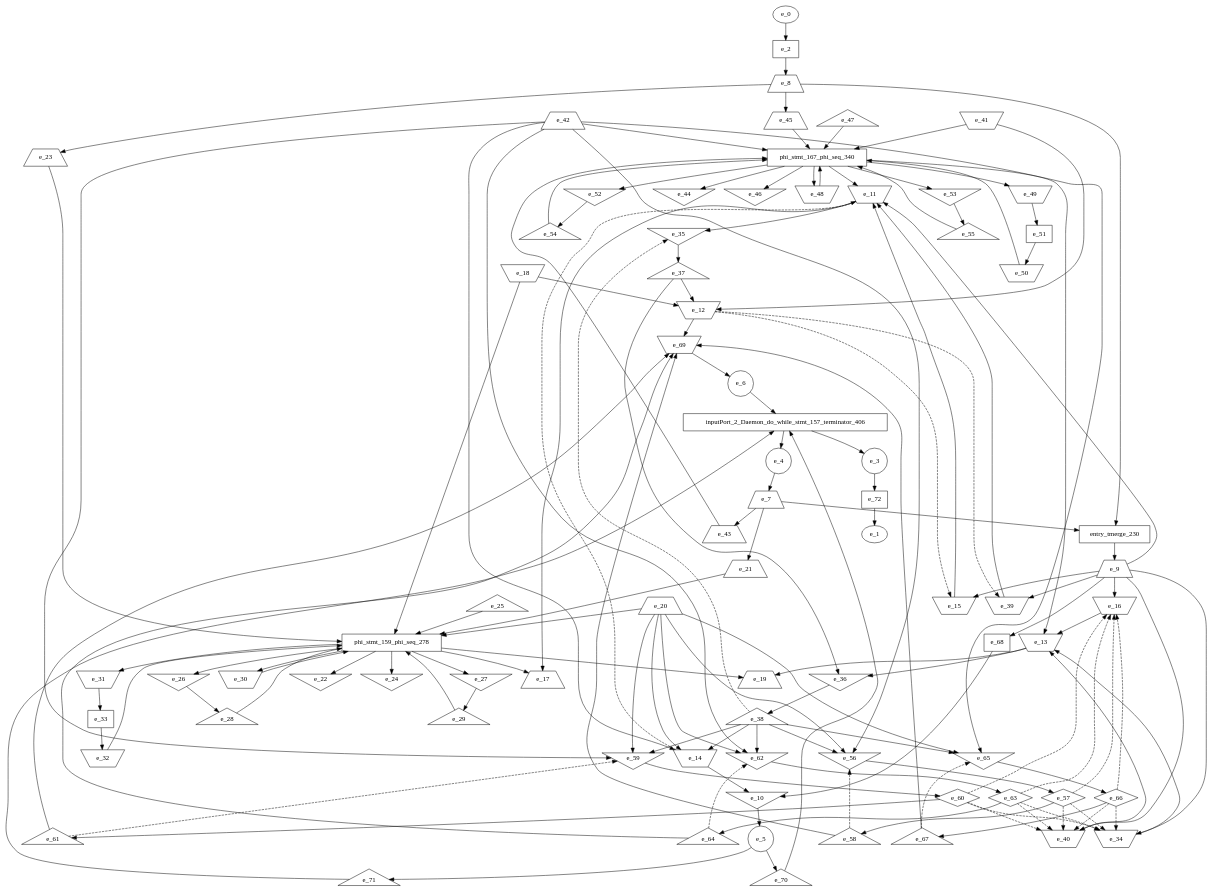
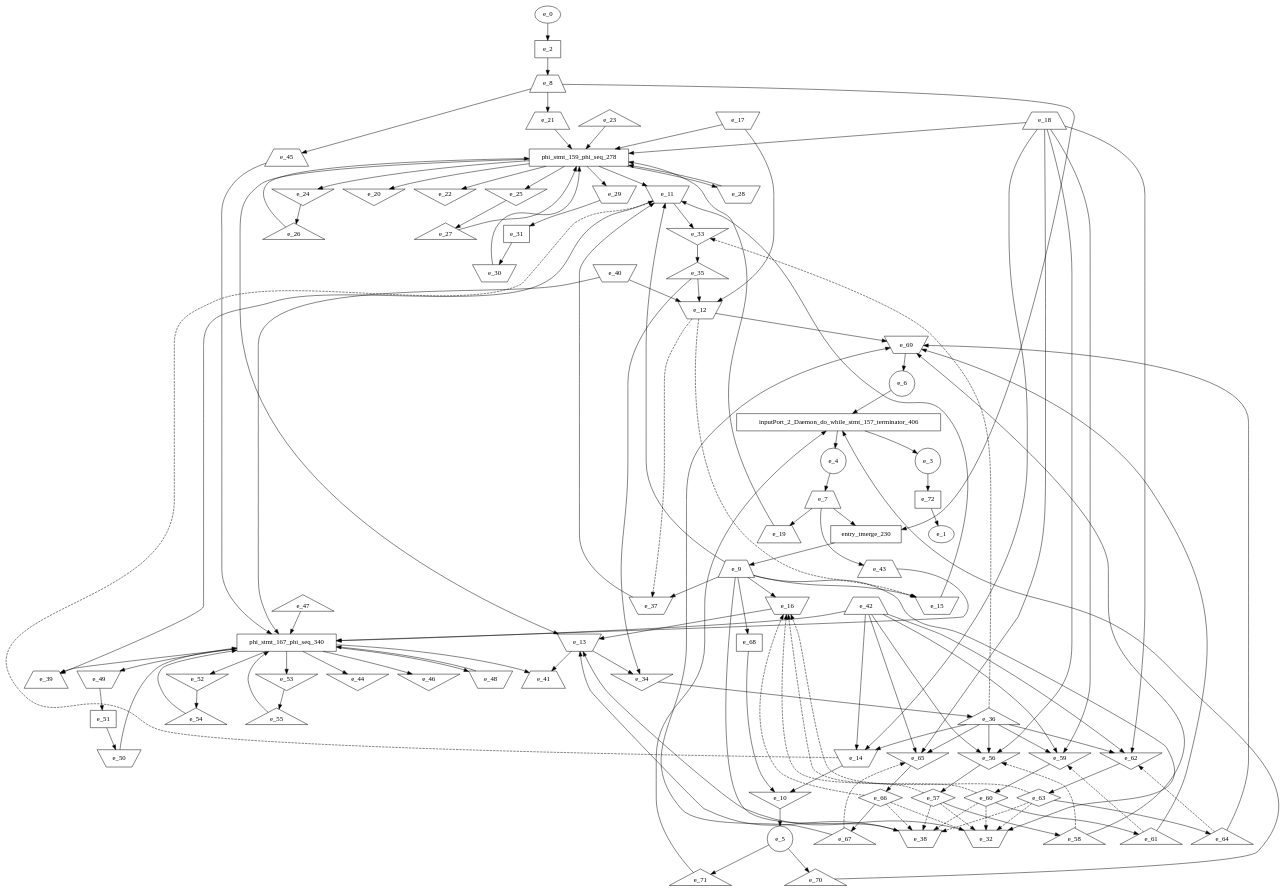
Before and after one commit to Anubhav2017/4x4_switch: the diagram in hw/inputPort_2_Daemon_CP.dot, drawn with Graphviz. The commit also changed 24 other files, not shown here.

```diff
--- a/hw/inputPort_2_Daemon_CP.dot
+++ b/hw/inputPort_2_Daemon_CP.dot
@@ -16,31 +16,31 @@
   e_14 [shape = invtrapezium];
   e_15 [shape = invtrapezium];
   e_16 [shape = invtrapezium];
-  e_17 [shape = trapezium];
-  e_18 [shape = invtrapezium];
+  e_17 [shape = invtrapezium];
+  e_18 [shape = trapezium];
   e_19 [shape = trapezium];
-  e_20 [shape = trapezium];
+  e_20 [shape = invtriangle];
   e_21 [shape = trapezium];
   e_22 [shape = invtriangle];
-  e_23 [shape = trapezium];
+  e_23 [shape = triangle];
   e_24 [shape = invtriangle];
-  e_25 [shape = triangle];
-  e_26 [shape = invtriangle];
-  e_27 [shape = invtriangle];
-  e_28 [shape = triangle];
-  e_29 [shape = triangle];
+  e_25 [shape = invtriangle];
+  e_26 [shape = triangle];
+  e_27 [shape = triangle];
+  e_28 [shape = invtrapezium];
+  e_29 [shape = invtrapezium];
   e_30 [shape = invtrapezium];
-  e_31 [shape = invtrapezium];
+  e_31 [shape = dot];
   e_32 [shape = invtrapezium];
-  e_33 [shape = dot];
-  e_34 [shape = invtrapezium];
-  e_35 [shape = invtriangle];
-  e_36 [shape = invtriangle];
-  e_37 [shape = triangle];
-  e_38 [shape = triangle];
-  e_39 [shape = invtrapezium];
+  e_33 [shape = invtriangle];
+  e_34 [shape = invtriangle];
+  e_35 [shape = triangle];
+  e_36 [shape = triangle];
+  e_37 [shape = invtrapezium];
+  e_38 [shape = invtrapezium];
+  e_39 [shape = trapezium];
   e_40 [shape = invtrapezium];
-  e_41 [shape = invtrapezium];
+  e_41 [shape = trapezium];
   e_42 [shape = trapezium];
   e_43 [shape = trapezium];
   e_44 [shape = invtriangle];
@@ -78,90 +78,90 @@
   e_69 -> e_6;
   e_4 -> e_7;
   e_2 -> e_8;
+  e_14 -> e_10;
   e_68 -> e_10;
-  e_14 -> e_10;
-  e_39 -> e_11;
   e_9 -> e_11;
   e_15 -> e_11;
+  e_37 -> e_11;
   e_14 -> e_11[style = dashed];
-  e_37 -> e_12;
-  e_41 -> e_12;
-  e_18 -> e_12;
-  e_40 -> e_13;
-  e_34 -> e_13;
+  e_17 -> e_12;
+  e_35 -> e_12;
+  e_40 -> e_12;
   e_16 -> e_13;
+  e_32 -> e_13;
+  e_38 -> e_13;
+  e_18 -> e_14;
+  e_36 -> e_14;
   e_42 -> e_14;
-  e_38 -> e_14;
-  e_20 -> e_14;
   e_9 -> e_15;
   e_12 -> e_15[style = dashed];
   e_9 -> e_16;
-  e_63 -> e_16[style = dashed];
   e_57 -> e_16[style = dashed];
   e_60 -> e_16[style = dashed];
+  e_63 -> e_16[style = dashed];
   e_66 -> e_16[style = dashed];
-  e_11 -> e_17;
-  e_13 -> e_19;
-  e_7 -> e_21;
-  e_8 -> e_23;
-  e_26 -> e_28;
-  e_27 -> e_29;
-  e_33 -> e_32;
-  e_31 -> e_33;
-  e_9 -> e_34;
-  e_63 -> e_34[style = dashed];
-  e_57 -> e_34[style = dashed];
-  e_60 -> e_34[style = dashed];
-  e_66 -> e_34[style = dashed];
-  e_11 -> e_35;
-  e_38 -> e_35[style = dashed];
-  e_37 -> e_36;
-  e_13 -> e_36;
-  e_35 -> e_37;
-  e_36 -> e_38;
-  e_9 -> e_39;
-  e_12 -> e_39[style = dashed];
-  e_9 -> e_40;
-  e_63 -> e_40[style = dashed];
-  e_57 -> e_40[style = dashed];
-  e_60 -> e_40[style = dashed];
-  e_66 -> e_40[style = dashed];
+  e_7 -> e_19;
+  e_8 -> e_21;
+  e_24 -> e_26;
+  e_25 -> e_27;
+  e_31 -> e_30;
+  e_29 -> e_31;
+  e_9 -> e_32;
+  e_57 -> e_32[style = dashed];
+  e_60 -> e_32[style = dashed];
+  e_63 -> e_32[style = dashed];
+  e_66 -> e_32[style = dashed];
+  e_11 -> e_33;
+  e_36 -> e_33[style = dashed];
+  e_13 -> e_34;
+  e_35 -> e_34;
+  e_33 -> e_35;
+  e_34 -> e_36;
+  e_9 -> e_37;
+  e_12 -> e_37[style = dashed];
+  e_9 -> e_38;
+  e_57 -> e_38[style = dashed];
+  e_60 -> e_38[style = dashed];
+  e_63 -> e_38[style = dashed];
+  e_66 -> e_38[style = dashed];
+  e_11 -> e_39;
+  e_13 -> e_41;
   e_7 -> e_43;
   e_8 -> e_45;
   e_51 -> e_50;
   e_49 -> e_51;
   e_52 -> e_54;
   e_53 -> e_55;
+  e_18 -> e_56;
+  e_36 -> e_56;
   e_42 -> e_56;
-  e_38 -> e_56;
-  e_20 -> e_56;
   e_58 -> e_56[style = dashed];
   e_56 -> e_57;
   e_57 -> e_58;
+  e_18 -> e_59;
+  e_36 -> e_59;
   e_42 -> e_59;
-  e_38 -> e_59;
-  e_20 -> e_59;
   e_61 -> e_59[style = dashed];
   e_59 -> e_60;
   e_60 -> e_61;
+  e_18 -> e_62;
+  e_36 -> e_62;
   e_42 -> e_62;
-  e_38 -> e_62;
-  e_20 -> e_62;
   e_64 -> e_62[style = dashed];
   e_62 -> e_63;
   e_63 -> e_64;
+  e_18 -> e_65;
+  e_36 -> e_65;
   e_42 -> e_65;
-  e_38 -> e_65;
-  e_20 -> e_65;
   e_67 -> e_65[style = dashed];
   e_65 -> e_66;
   e_66 -> e_67;
   e_9 -> e_68;
+  e_12 -> e_69;
   e_58 -> e_69;
   e_61 -> e_69;
+  e_64 -> e_69;
   e_67 -> e_69;
-  e_64 -> e_69;
-  e_12 -> e_69;
   e_5 -> e_70;
   e_5 -> e_71;
   e_3 -> e_72;
@@ -172,23 +172,23 @@
 inputPort_2_Daemon_do_while_stmt_157_terminator_406 -> e_4;
 inputPort_2_Daemon_do_while_stmt_157_terminator_406 -> e_3;
   phi_stmt_159_phi_seq_278 [shape=rectangle];
+e_19 -> phi_stmt_159_phi_seq_278;
+phi_stmt_159_phi_seq_278 -> e_24;
+phi_stmt_159_phi_seq_278 -> e_25;
+phi_stmt_159_phi_seq_278 -> e_20;
+e_26 -> phi_stmt_159_phi_seq_278;
+e_27 -> phi_stmt_159_phi_seq_278;
 e_21 -> phi_stmt_159_phi_seq_278;
-phi_stmt_159_phi_seq_278 -> e_26;
-phi_stmt_159_phi_seq_278 -> e_27;
+phi_stmt_159_phi_seq_278 -> e_28;
+phi_stmt_159_phi_seq_278 -> e_29;
 phi_stmt_159_phi_seq_278 -> e_22;
 e_28 -> phi_stmt_159_phi_seq_278;
-e_29 -> phi_stmt_159_phi_seq_278;
+e_30 -> phi_stmt_159_phi_seq_278;
+e_17 -> phi_stmt_159_phi_seq_278;
+e_18 -> phi_stmt_159_phi_seq_278;
+phi_stmt_159_phi_seq_278 -> e_11;
+phi_stmt_159_phi_seq_278 -> e_13;
 e_23 -> phi_stmt_159_phi_seq_278;
-phi_stmt_159_phi_seq_278 -> e_30;
-phi_stmt_159_phi_seq_278 -> e_31;
-phi_stmt_159_phi_seq_278 -> e_24;
-e_30 -> phi_stmt_159_phi_seq_278;
-e_32 -> phi_stmt_159_phi_seq_278;
-e_18 -> phi_stmt_159_phi_seq_278;
-e_20 -> phi_stmt_159_phi_seq_278;
-phi_stmt_159_phi_seq_278 -> e_17;
-phi_stmt_159_phi_seq_278 -> e_19;
-e_25 -> phi_stmt_159_phi_seq_278;
   phi_stmt_167_phi_seq_340 [shape=rectangle];
 e_45 -> phi_stmt_167_phi_seq_340;
 phi_stmt_167_phi_seq_340 -> e_48;
@@ -202,10 +202,10 @@
 phi_stmt_167_phi_seq_340 -> e_44;
 e_54 -> phi_stmt_167_phi_seq_340;
 e_55 -> phi_stmt_167_phi_seq_340;
-e_41 -> phi_stmt_167_phi_seq_340;
+e_40 -> phi_stmt_167_phi_seq_340;
 e_42 -> phi_stmt_167_phi_seq_340;
-phi_stmt_167_phi_seq_340 -> e_11;
-phi_stmt_167_phi_seq_340 -> e_13;
+phi_stmt_167_phi_seq_340 -> e_39;
+phi_stmt_167_phi_seq_340 -> e_41;
 e_47 -> phi_stmt_167_phi_seq_340;
 entry_tmerge_230 [shape = rectangle]; 
 e_7 -> entry_tmerge_230;
```
